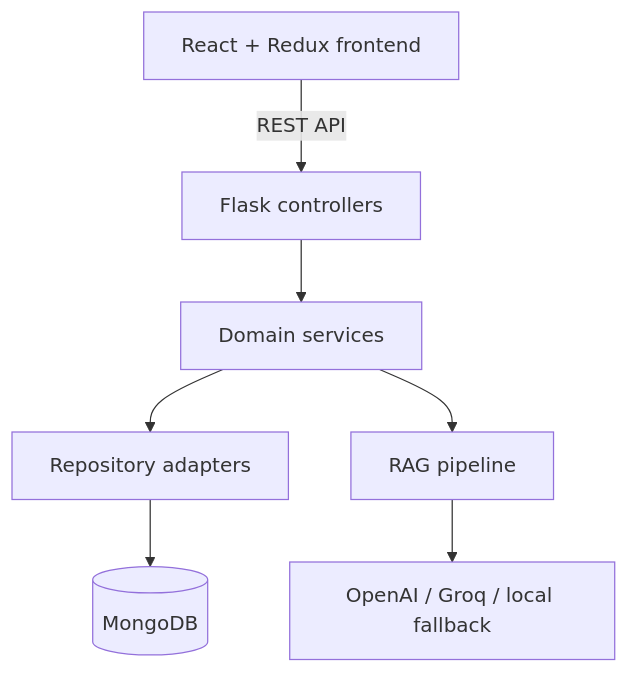
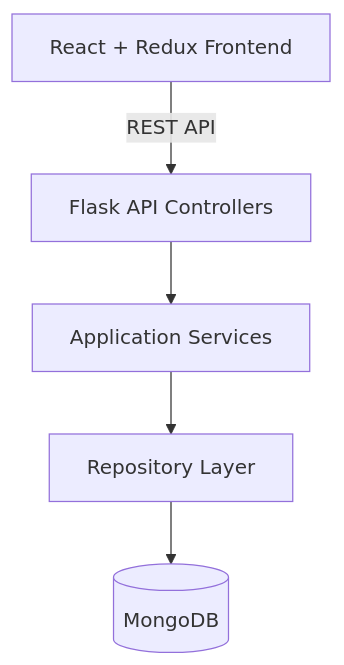
The first of 23 diagrams in README.md (Shayantan1012/GATEMIND-AI), drawn with Mermaid before and after one commit. The commit also changed other lines of this file and 3 other files, not shown here.

````diff
--- a/README.md
+++ b/README.md
@@ -56,9 +57,13 @@
 ```mermaid
 flowchart TD
-    UI["React + Redux frontend"] -->|REST API| API["Flask controllers"]
-    API --> SVC["Domain services"]
-    SVC --> REPO["Repository adapters"]
-    REPO --> DB[(MongoDB)]
-    SVC --> RAG["RAG pipeline"]
-    RAG --> LLM["OpenAI / Groq / local fallback"]
+    CLIENT["React + Redux Frontend"]
+    API["Flask API Controllers"]
+    SERVICES["Application Services"]
+    REPOSITORIES["Repository Layer"]
+    DATABASE[("MongoDB")]
+
+    CLIENT -->|"REST API"| API
+    API --> SERVICES
+    SERVICES --> REPOSITORIES
+    REPOSITORIES --> DATABASE
 ```
````
